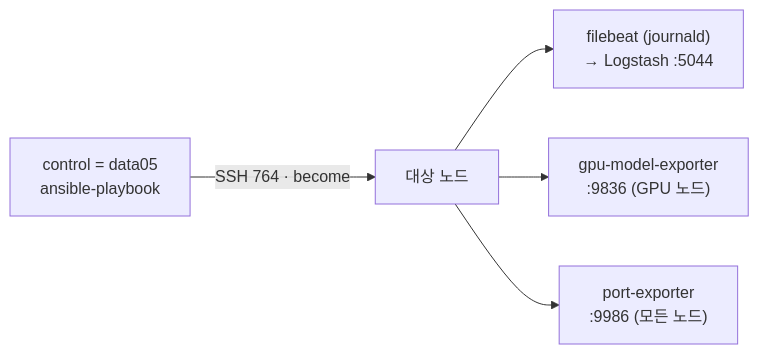
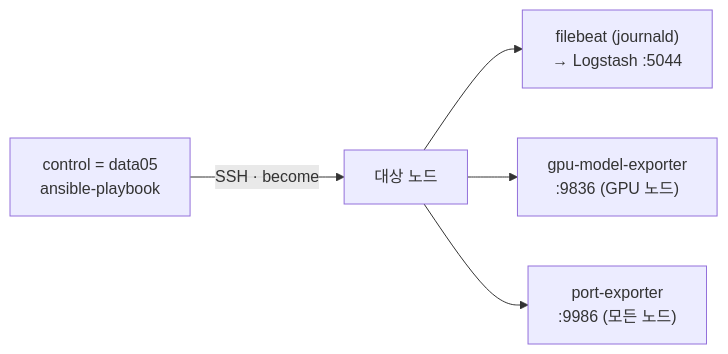
The diagram in infra/ansible/README.md (mooner92/KEIwi), drawn with Mermaid before and after one commit. The commit also changed other lines of this file and 45 other files, not shown here.

````diff
--- a/infra/ansible/README.md
+++ b/infra/ansible/README.md
@@ -10,7 +10,7 @@
 ```mermaid
 flowchart LR
-  CTL["control = data05<br/>ansible-playbook"] -->|"SSH 764 · become"| N["대상 노드"]
+  CTL["control = data05<br/>ansible-playbook"] -->|"SSH <SSH_PORT> · become"| N["대상 노드"]
   N --> FB["filebeat (journald)\n→ Logstash :5044"]
   N --> GM["gpu-model-exporter\n:9836 (GPU 노드)"]
   N --> PE["port-exporter\n:9986 (모든 노드)"]
 ```
````
